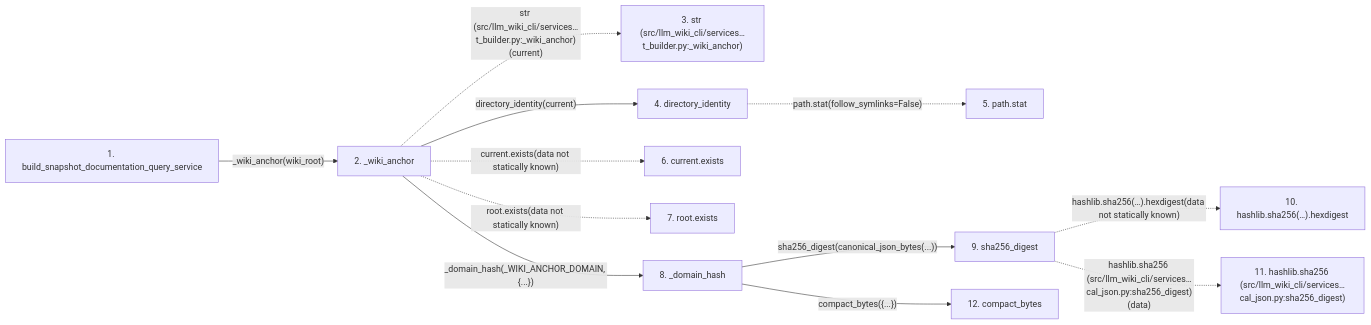
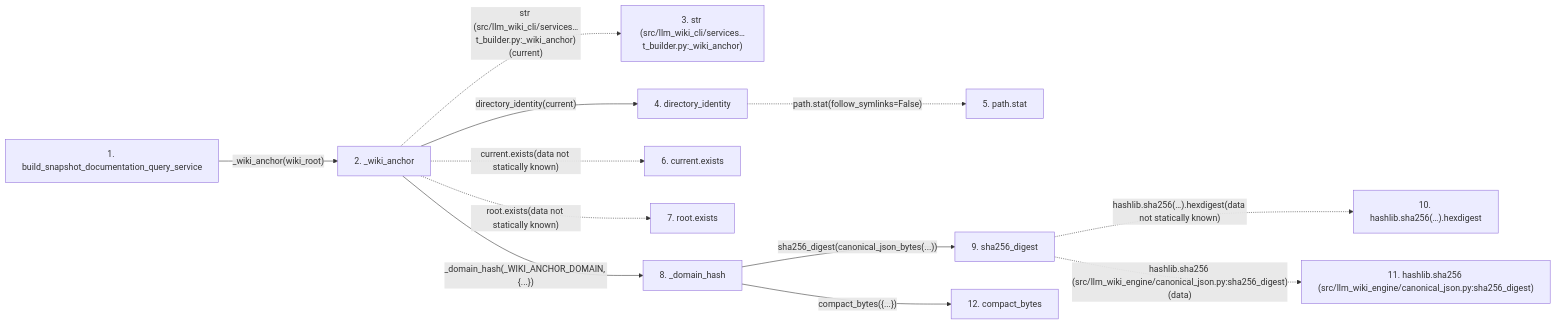
One commit to Denissvgn/python-wiki-llm changed the second of 2 diagrams in docs/llm_wiki/flows/api-build_snapshot_documentation_query_service.md. Above: the diagram before and after it, drawn with Mermaid. The commit also changed other lines of this file and 1103 other files, not shown here.

First line of the commit message:
docs: refresh the wiki for the llm-wiki-engine distribution

````diff
--- a/docs/llm_wiki/flows/api-build_snapshot_documentation_query_service.md
+++ b/docs/llm_wiki/flows/api-build_snapshot_documentation_query_service.md
@@ -171,32 +171,32 @@
 ```mermaid
 flowchart LR
     s1["1. build_snapshot_documentation_query_service"]
     s2["2. _wiki_anchor"]
     s3["3. str (src/llm_wiki_cli/services…t_builder.py:_wiki_anchor)"]
     s4["4. directory_identity"]
     s5["5. path.stat"]
     s6["6. current.exists"]
     s7["7. root.exists"]
     s8["8. _domain_hash"]
     s9["9. sha256_digest"]
     s10["10. hashlib.sha256(…).hexdigest"]
-    s11["11. hashlib.sha256 (src/llm_wiki_cli/services…cal_json.py:sha256_digest)"]
+    s11["11. hashlib.sha256 (src/llm_wiki_engine/canonical_json.py:sha256_digest)"]
     s12["12. compact_bytes"]
     s1 -->|"_wiki_anchor(wiki_root)"| s2
     s2 -. "str (src/llm_wiki_cli/services…t_builder.py:_wiki_anchor)(current)" .-> s3
     s2 -->|"directory_identity(current)"| s4
     s4 -. "path.stat(follow_symlinks=False)" .-> s5
     s2 -. "current.exists(data not statically known)" .-> s6
     s2 -. "root.exists(data not statically known)" .-> s7
     s2 -->|"_domain_hash(_WIKI_ANCHOR_DOMAIN, {...})"| s8
     s8 -->|"sha256_digest(canonical_json_bytes(...))"| s9
     s9 -. "hashlib.sha256(…).hexdigest(data not statically known)" .-> s10
-    s9 -. "hashlib.sha256 (src/llm_wiki_cli/services…cal_json.py:sha256_digest)(data)" .-> s11
+    s9 -. "hashlib.sha256 (src/llm_wiki_engine/canonical_json.py:sha256_digest)(data)" .-> s11
     s8 -->|"compact_bytes({...})"| s12
     click s1 "../modules/documentation_query_builder.md"
     click s2 "../modules/context_packet_builder.md"
     click s4 "../modules/source_snapshot.md"
     click s8 "../modules/context_packet.md"
     click s9 "../modules/canonical_json.md"
     click s12 "../modules/canonical_json.md"
 ```
````
